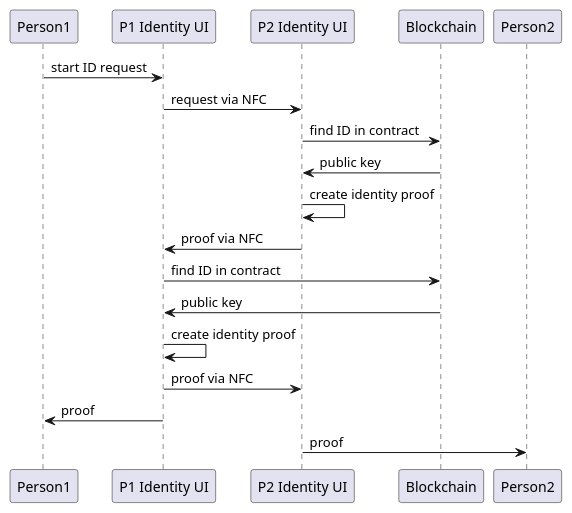
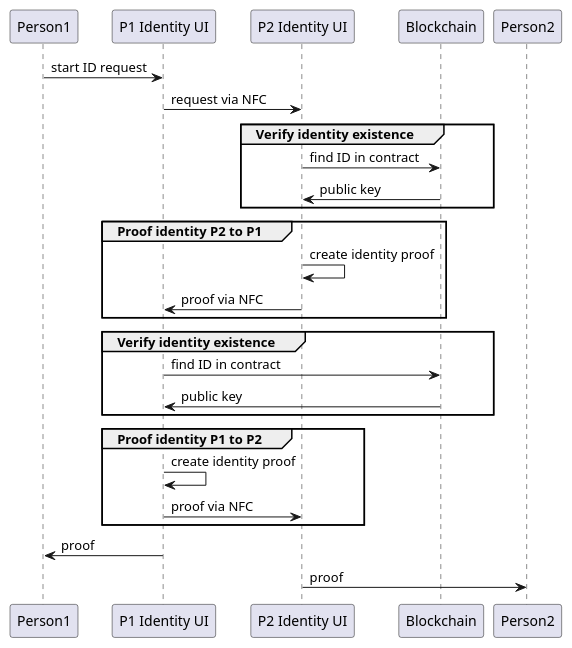
The diagram in design/flow-identity.puml (dbh17-team-isaac/fima-prototype), drawn with PlantUML before and after one commit.

Commit message:
Add groups to clarify process steps

```diff
--- a/design/flow-identity.puml
+++ b/design/flow-identity.puml
@@ -1,16 +1,29 @@
 @startuml
 
 Person1 -> "P1 Identity UI": start ID request
 "P1 Identity UI" -> "P2 Identity UI": request via NFC
-"P2 Identity UI" -> Blockchain: find ID in contract
-Blockchain -> "P2 Identity UI": public key
-"P2 Identity UI" -> "P2 Identity UI": create identity proof
-"P2 Identity UI" -> "P1 Identity UI": proof via NFC
-"P1 Identity UI" -> Blockchain: find ID in contract
-Blockchain -> "P1 Identity UI": public key
-"P1 Identity UI" -> "P1 Identity UI": create identity proof
-"P1 Identity UI" -> "P2 Identity UI": proof via NFC
+
+group Verify identity existence
+    "P2 Identity UI" -> Blockchain: find ID in contract
+    Blockchain -> "P2 Identity UI": public key
+end
+
+group Proof identity P2 to P1
+    "P2 Identity UI" -> "P2 Identity UI": create identity proof
+    "P2 Identity UI" -> "P1 Identity UI": proof via NFC
+end
+
+group Verify identity existence
+    "P1 Identity UI" -> Blockchain: find ID in contract
+    Blockchain -> "P1 Identity UI": public key
+end
+
+group Proof identity P1 to P2
+    "P1 Identity UI" -> "P1 Identity UI": create identity proof
+    "P1 Identity UI" -> "P2 Identity UI": proof via NFC
+end
+
 "P1 Identity UI" -> Person1: proof
 "P2 Identity UI" -> Person2: proof
 
 @enduml
```
